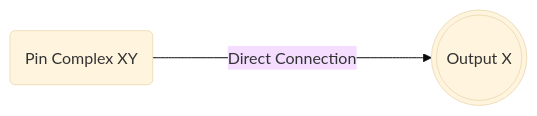
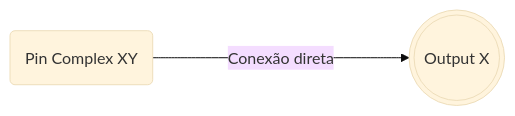
Before and after one commit to gabrielfelipedy/AppleALC-Tutoriais: the fourth of 8 diagrams in AppleALC_Layout-ID/README.md, drawn with Mermaid (base theme). The commit also changed other lines of this file, not shown here.

````diff
--- a/AppleALC_Layout-ID/README.md
+++ b/AppleALC_Layout-ID/README.md
@@ -218,4 +225,4 @@
 	```mermaid
 	flowchart LR
-       id1(Pin Complex XY) ---->|Direct Connection|id5(((Output X)))
+       id1(Pin Complex XY) ---->|Conexão direta|id5(((Output X)))
 	```
````
